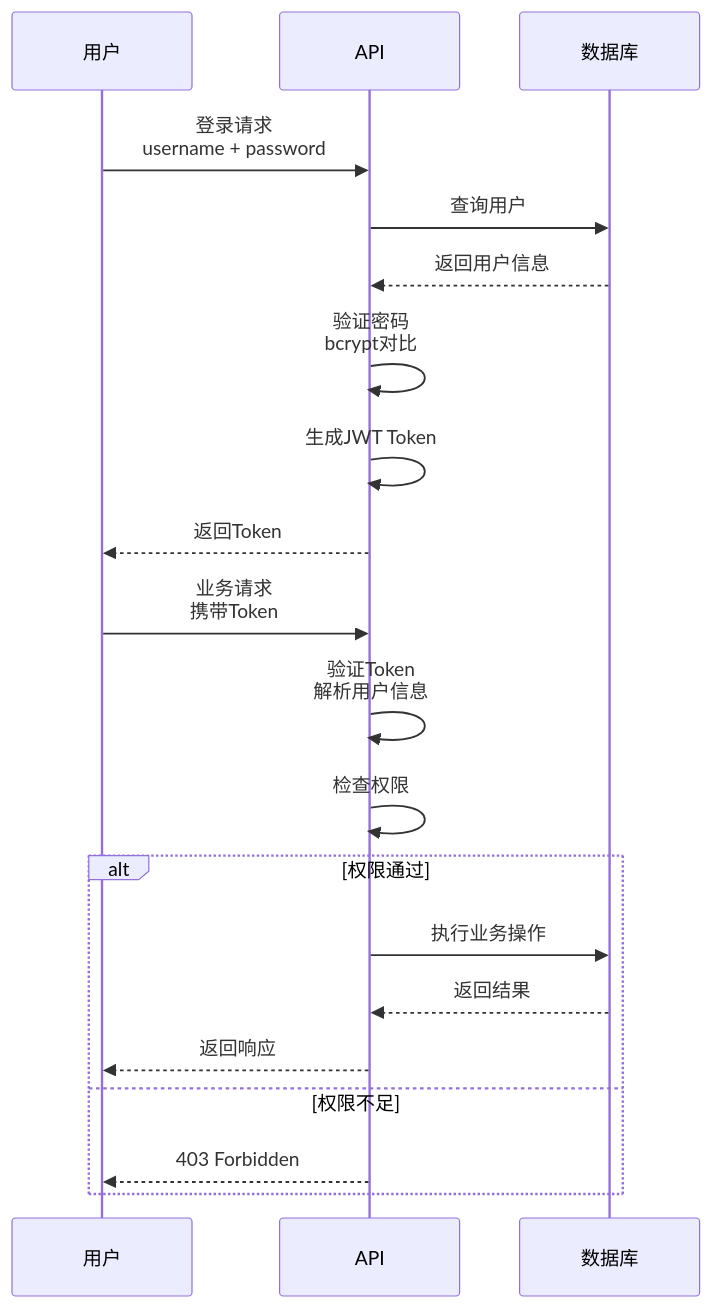
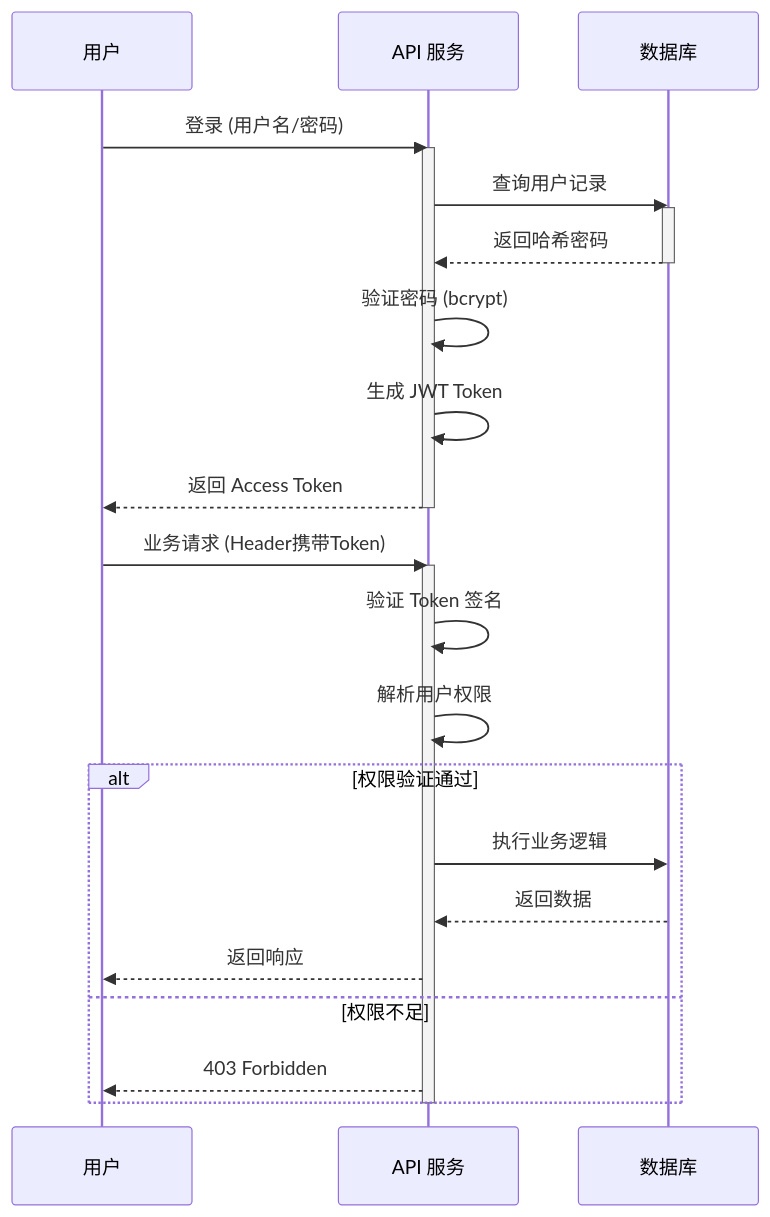
Before and after one commit to xt765/ResumeScreening: the seventh of 11 diagrams in docs/architecture.md, drawn with Mermaid. The commit also changed other lines of this file and 5 other files, not shown here.

Commit message:
refactor: remove similarity score and update documentation diagrams

````diff
--- a/docs/architecture.md
+++ b/docs/architecture.md
@@ -562,24 +568,35 @@
 ```mermaid
 sequenceDiagram
-    participant U as 用户
-    participant A as API
-    participant D as 数据库
-  
-    U->>A: 登录请求<br/>username + password
-    A->>D: 查询用户
-    D-->>A: 返回用户信息
-    A->>A: 验证密码<br/>bcrypt对比
-    A->>A: 生成JWT Token
-    A-->>U: 返回Token
-  
-    U->>A: 业务请求<br/>携带Token
-    A->>A: 验证Token<br/>解析用户信息
-    A->>A: 检查权限
-    alt 权限通过
-        A->>D: 执行业务操作
-        D-->>A: 返回结果
-        A-->>U: 返回响应
+    participant User as 用户
+    participant API as API 服务
+    participant DB as 数据库
+    
+    User->>API: 登录 (用户名/密码)
+    activate API
+    
+    API->>DB: 查询用户记录
+    activate DB
+    DB-->>API: 返回哈希密码
+    deactivate DB
+    
+    API->>API: 验证密码 (bcrypt)
+    API->>API: 生成 JWT Token
+    
+    API-->>User: 返回 Access Token
+    deactivate API
+    
+    User->>API: 业务请求 (Header携带Token)
+    activate API
+    
+    API->>API: 验证 Token 签名
+    API->>API: 解析用户权限
+    
+    alt 权限验证通过
+        API->>DB: 执行业务逻辑
+        DB-->>API: 返回数据
+        API-->>User: 返回响应
     else 权限不足
-        A-->>U: 403 Forbidden
+        API-->>User: 403 Forbidden
     end
+    deactivate API
 ```
````
